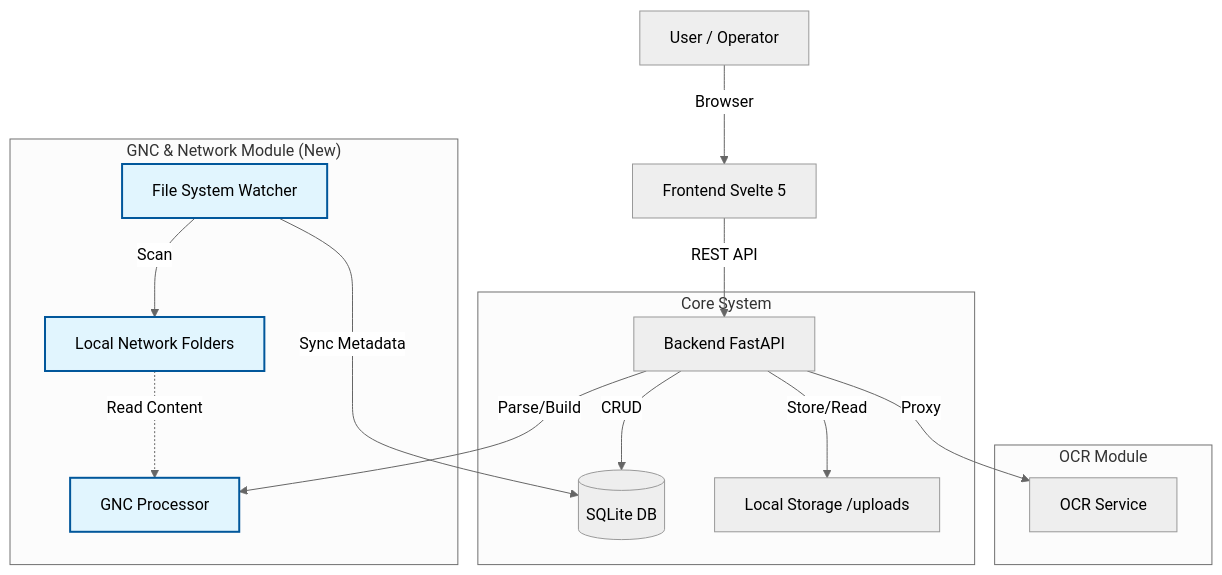
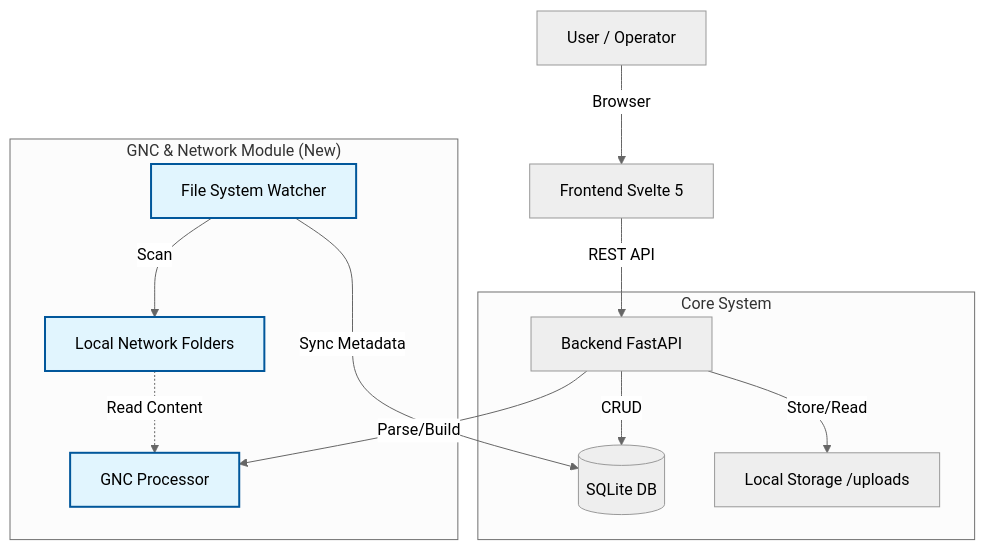
The diagram in ARCHITECTURE.md (Sanali209/DocuFlow-), drawn with Mermaid (neutral theme) before and after one commit. The commit also changed other lines of this file and 5 other files, not shown here.

````diff
--- a/ARCHITECTURE.md
+++ b/ARCHITECTURE.md
@@ -57,24 +53,20 @@
 ```mermaid
 graph TD
     User[User / Operator] -->|Browser| FE[Frontend Svelte 5]
     FE -->|REST API| BE[Backend FastAPI]
 
     subgraph "Core System"
         BE -->|CRUD| DB[(SQLite DB)]
         BE -->|Store/Read| FS[Local Storage /uploads]
-    end
-
-    subgraph "OCR Module"
-        BE -->|Proxy| OCR[OCR Service]
     end
 
     subgraph "GNC & Network Module (New)"
         BE -->|Parse/Build| GP[GNC Processor]
         FW[File System Watcher] -->|Scan| NetFS[Local Network Folders]
         FW -->|Sync Metadata| DB
         NetFS -.->|Read Content| GP
     end
 
     classDef new fill:#e1f5fe,stroke:#01579b,stroke-width:2px;
     class GP,FW,NetFS new;
 ```
````
